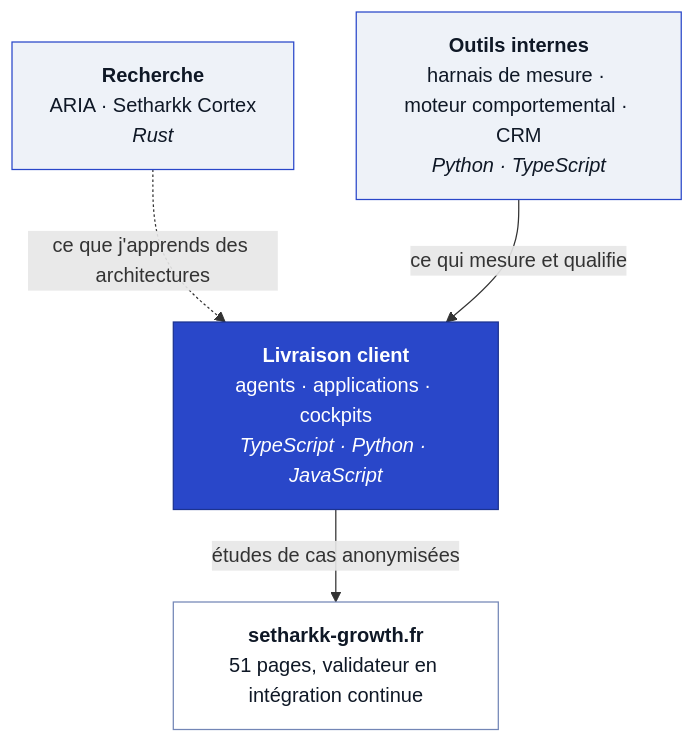
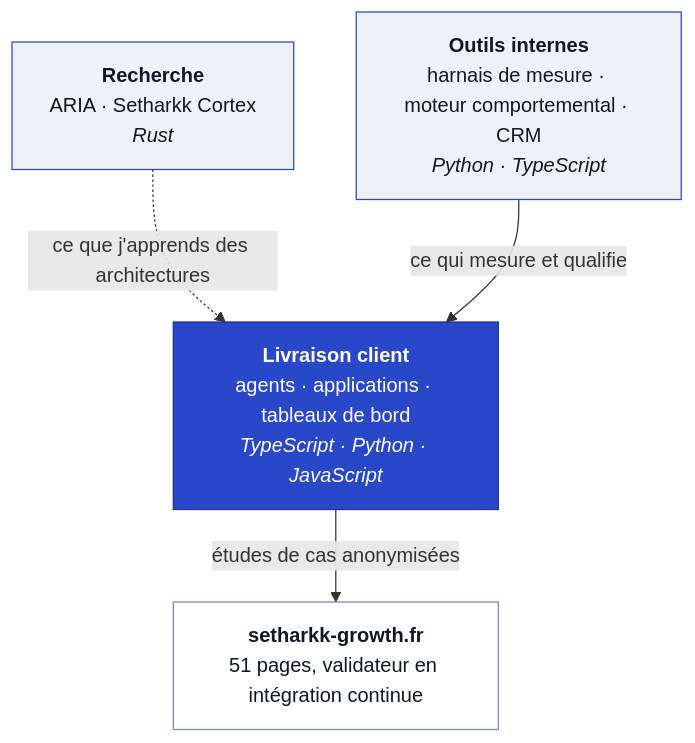
One commit to Setharkk/projets changed the diagram in README.md. Above: the diagram before and after it, drawn with Mermaid. The commit also changed other lines of this file, not shown here.

````diff
--- a/README.md
+++ b/README.md
@@ -28,16 +28,16 @@
 ```mermaid
 flowchart TD
     R["<b>Recherche</b><br/>ARIA · Setharkk Cortex<br/><i>Rust</i>"]
     O["<b>Outils internes</b><br/>harnais de mesure · moteur comportemental · CRM<br/><i>Python · TypeScript</i>"]
-    C["<b>Livraison client</b><br/>agents · applications · cockpits<br/><i>TypeScript · Python · JavaScript</i>"]
+    C["<b>Livraison client</b><br/>agents · applications · tableaux de bord<br/><i>TypeScript · Python · JavaScript</i>"]
     S["<b>setharkk-growth.fr</b><br/>51 pages, validateur en intégration continue"]
 
     R -.->|"ce que j'apprends des architectures"| C
     O -->|"ce qui mesure et qualifie"| C
     C -->|"études de cas anonymisées"| S
 
     style R fill:#eef2f8,stroke:#2947c9,color:#0f1826
     style O fill:#eef2f8,stroke:#2947c9,color:#0f1826
     style C fill:#2947c9,stroke:#1c3390,color:#ffffff
     style S fill:#ffffff,stroke:#7386b6,color:#0f1826
 ```
````
